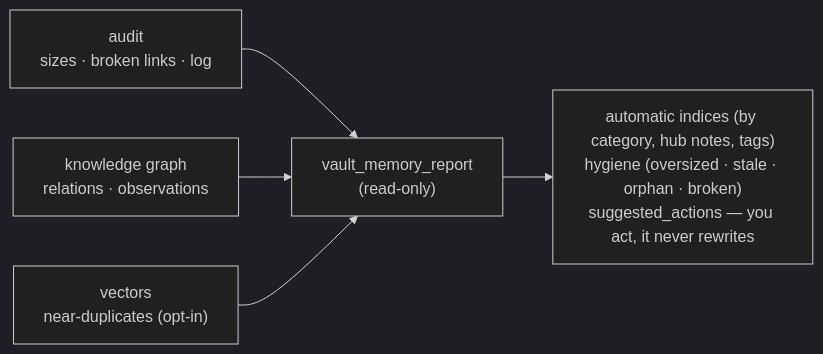
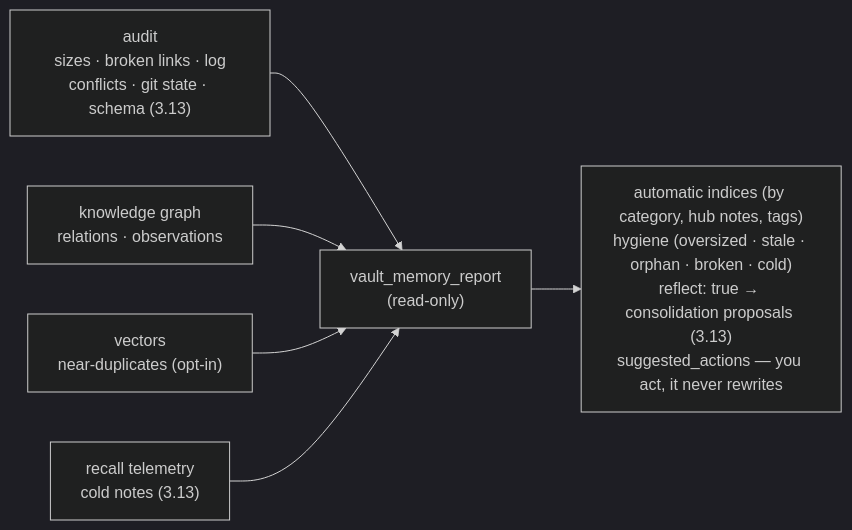
One commit to Vahlame/create-vkm-kit changed the sixth of 14 diagrams in docs/en/how-it-works.md. Above: the diagram before and after it, drawn with Mermaid (dark theme). The commit also changed other lines of this file and 10 other files, not shown here.

````diff
--- a/docs/en/how-it-works.md
+++ b/docs/en/how-it-works.md
@@ -235,7 +237,8 @@
 ```mermaid
 flowchart LR
-  A["audit<br/>sizes · broken links · log"] --> R["vault_memory_report<br/>(read-only)"]
+  A["audit<br/>sizes · broken links · log<br/>conflicts · git state · schema (3.13)"] --> R["vault_memory_report<br/>(read-only)"]
   K["knowledge graph<br/>relations · observations"] --> R
   V["vectors<br/>near-duplicates (opt-in)"] --> R
-  R --> O["automatic indices (by category, hub notes, tags)<br/>hygiene (oversized · stale · orphan · broken)<br/>suggested_actions — you act, it never rewrites"]
+  U["recall telemetry<br/>cold notes (3.13)"] --> R
+  R --> O["automatic indices (by category, hub notes, tags)<br/>hygiene (oversized · stale · orphan · broken · cold)<br/>reflect: true → consolidation proposals (3.13)<br/>suggested_actions — you act, it never rewrites"]
 ```
````
